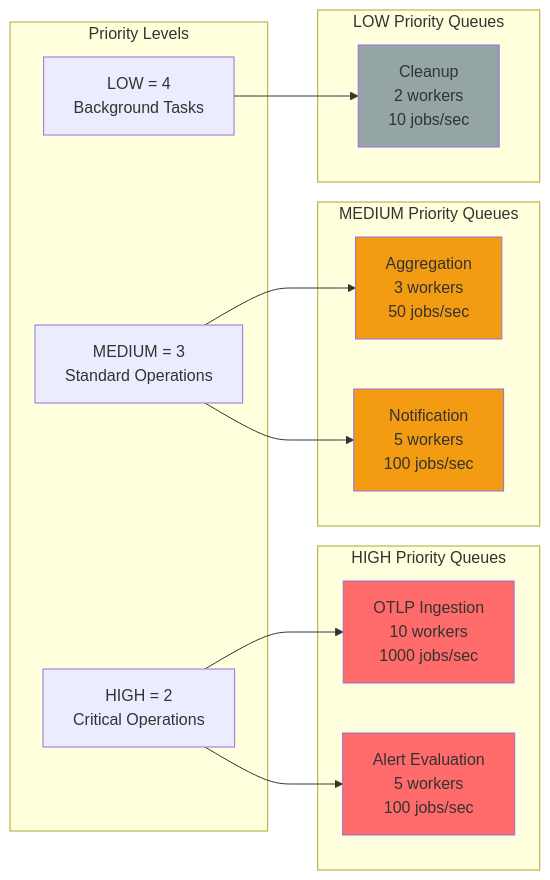
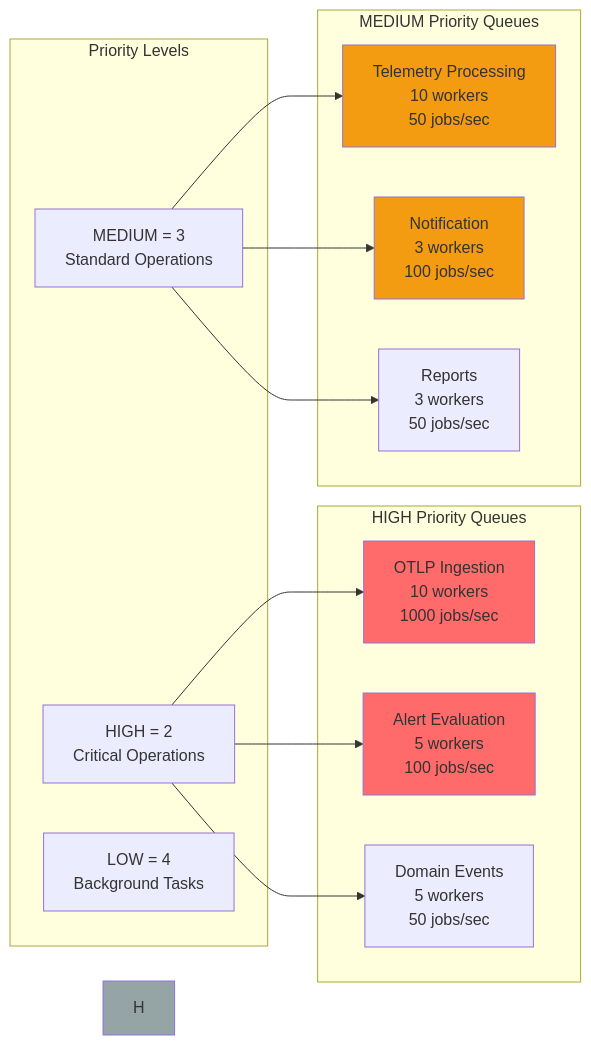
Before and after one commit to telemetryflow/telemetryflow-overview: diagram 11 of 54 in architecture/05-PERFORMANCE.md, drawn with Mermaid. The commit also changed other lines of this file and 68 other files, not shown here.

````diff
--- a/architecture/05-PERFORMANCE.md
+++ b/architecture/05-PERFORMANCE.md
@@ -444,34 +450,33 @@
 ```mermaid
 graph LR
     subgraph "Priority Levels"
         A[HIGH = 2<br/>Critical Operations]
         B[MEDIUM = 3<br/>Standard Operations]
         C[LOW = 4<br/>Background Tasks]
     end
 
     subgraph "HIGH Priority Queues"
         D[OTLP Ingestion<br/>10 workers<br/>1000 jobs/sec]
         E[Alert Evaluation<br/>5 workers<br/>100 jobs/sec]
+        G2[Domain Events<br/>5 workers<br/>50 jobs/sec]
     end
 
     subgraph "MEDIUM Priority Queues"
-        F[Aggregation<br/>3 workers<br/>50 jobs/sec]
-        G[Notification<br/>5 workers<br/>100 jobs/sec]
-    end
-
-    subgraph "LOW Priority Queues"
-        H[Cleanup<br/>2 workers<br/>10 jobs/sec]
+        F[Telemetry Processing<br/>10 workers<br/>50 jobs/sec]
+        G[Notification<br/>3 workers<br/>100 jobs/sec]
+        G3[Reports<br/>3 workers<br/>50 jobs/sec]
     end
 
     A --> D
     A --> E
+    A --> G2
     B --> F
     B --> G
-    C --> H
+    B --> G3
 
     style D fill:#ff6b6b
     style E fill:#ff6b6b
     style F fill:#f39c12
     style G fill:#f39c12
     style H fill:#95a5a6
 ```
````
